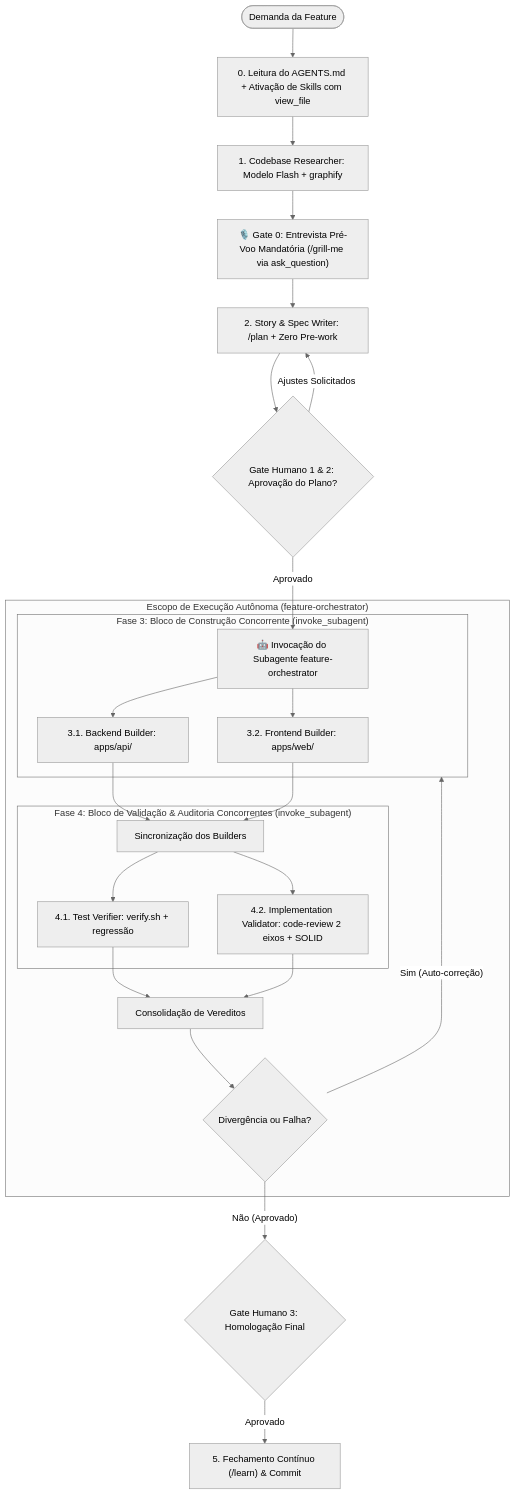
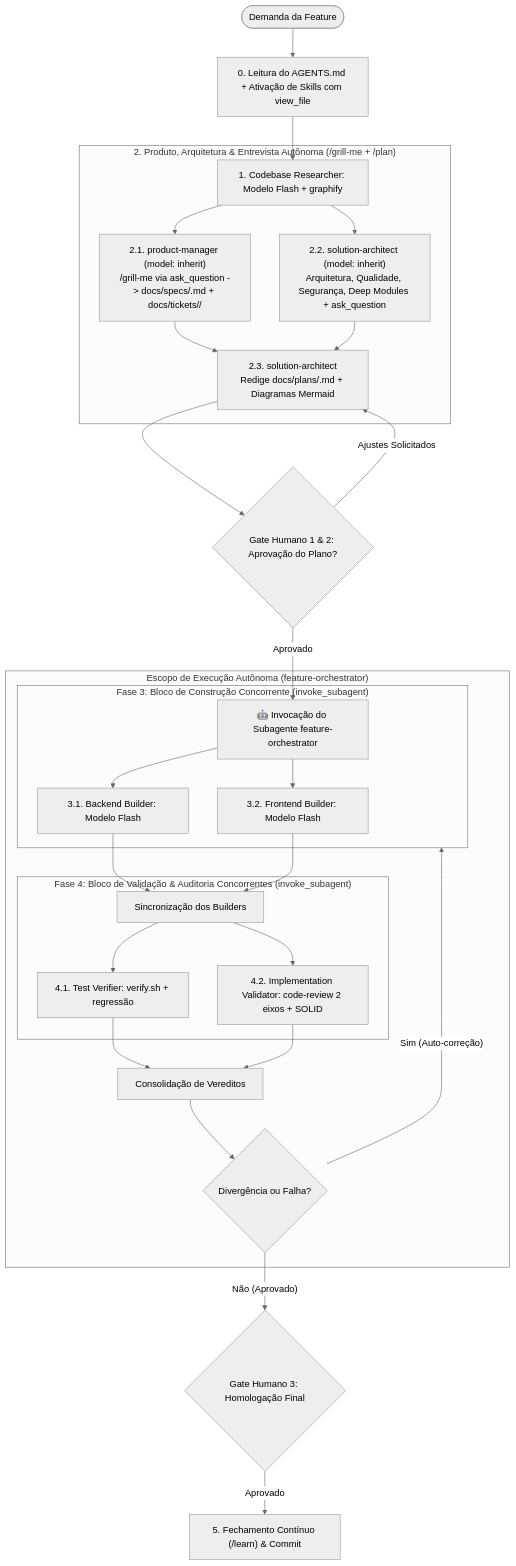
One commit to luis-henrique-carvalho/OfertaPronta changed the diagram in .agents/skills/feature-factory/SKILL.md. Above: the diagram before and after it, drawn with Mermaid (neutral theme). The commit also changed other lines of this file and 25 other files, not shown here.

````diff
--- a/.agents/skills/feature-factory/SKILL.md
+++ b/.agents/skills/feature-factory/SKILL.md
@@ -61,36 +61,41 @@
 ```mermaid
 flowchart TD
     START([Demanda da Feature]) --> FASE0[0. Leitura do AGENTS.md + Ativação de Skills com view_file]
     FASE0 --> FASE1[1. Codebase Researcher: Modelo Flash + graphify]
-    FASE1 --> GRILL_ME["🎙️ Gate 0: Entrevista Pré-Voo Mandatória (/grill-me via ask_question)"]
-    GRILL_ME --> FASE2[2. Story & Spec Writer: /plan + Zero Pre-work]
     
-    FASE2 --> GATE1{Gate Humano 1 & 2: Aprovação do Plano?}
-    GATE1 -- "Ajustes Solicitados" --> FASE2
+    subgraph FASE2_DISCOVERY ["2. Produto, Arquitetura & Entrevista Autônoma (/grill-me + /plan)"]
+        FASE1 --> PM["2.1. product-manager (model: inherit)\n/grill-me via ask_question -> docs/specs/<slug>.md + docs/tickets/<slug>/"]
+        FASE1 --> ARCH["2.2. solution-architect (model: inherit)\nArquitetura, Qualidade, Segurança, Deep Modules + ask_question"]
+        PM --> SPEC["2.3. solution-architect\nRedige docs/plans/<slug>.md + Diagramas Mermaid"]
+        ARCH --> SPEC
+    end
+    
+    SPEC --> GATE1{Gate Humano 1 & 2: Aprovação do Plano?}
+    GATE1 -- "Ajustes Solicitados" --> SPEC
     
     GATE1 -- "Aprovado" --> ORCH["🤖 Invocação do Subagente feature-orchestrator"]
     
     subgraph ORCH_SCOPE ["Escopo de Execução Autônoma (feature-orchestrator)"]
         subgraph FASE3 ["Fase 3: Bloco de Construção Concorrente (invoke_subagent)"]
-            ORCH --> FASE3_BE[3.1. Backend Builder: apps/api/]
-            ORCH --> FASE3_FE[3.2. Frontend Builder: apps/web/]
+            ORCH --> FASE3_BE[3.1. Backend Builder: Modelo Flash]
+            ORCH --> FASE3_FE[3.2. Frontend Builder: Modelo Flash]
         end
         
         FASE3_BE --> SYNC_BUILD[Sincronização dos Builders]
         FASE3_FE --> SYNC_BUILD
         
         subgraph FASE4 ["Fase 4: Bloco de Validação & Auditoria Concorrentes (invoke_subagent)"]
             SYNC_BUILD --> FASE4_TEST[4.1. Test Verifier: verify.sh + regressão]
             SYNC_BUILD --> FASE4_VAL[4.2. Implementation Validator: code-review 2 eixos + SOLID]
         end
         
         FASE4_TEST --> SYNC_VAL[Consolidação de Vereditos]
         FASE4_VAL --> SYNC_VAL
         
         SYNC_VAL --> CHECK_FAIL{Divergência ou Falha?}
         CHECK_FAIL -- "Sim (Auto-correção)" --> FASE3
     end
     
     CHECK_FAIL -- "Não (Aprovado)" --> GATE3{Gate Humano 3: Homologação Final}
     GATE3 -- "Aprovado" --> FASE5["5. Fechamento Contínuo (/learn) & Commit"]
 ```
````
